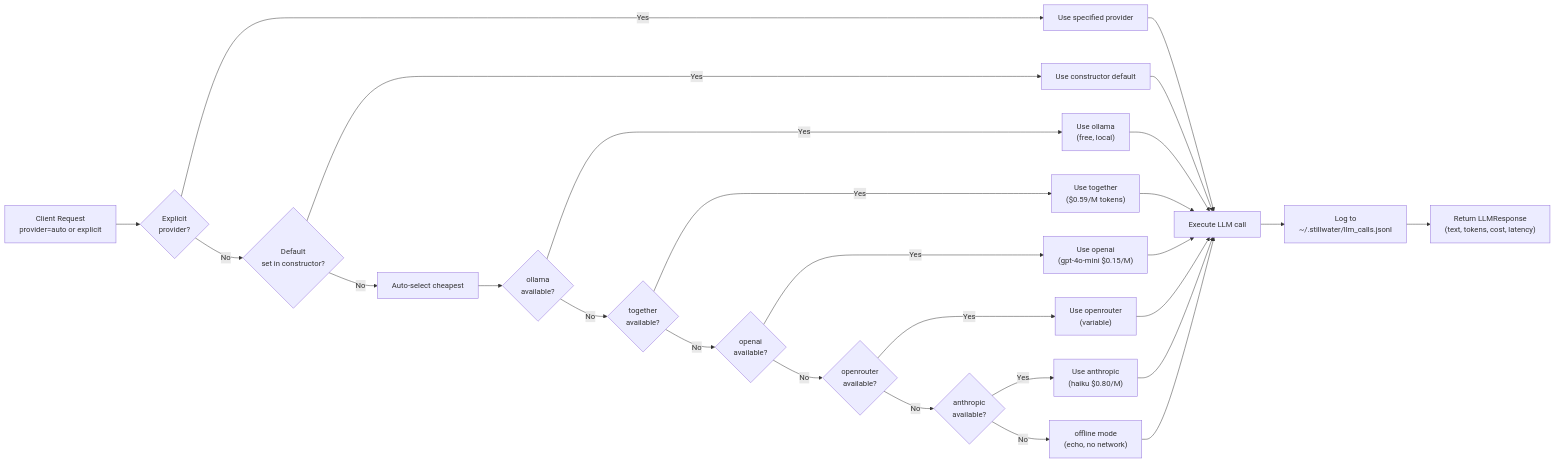
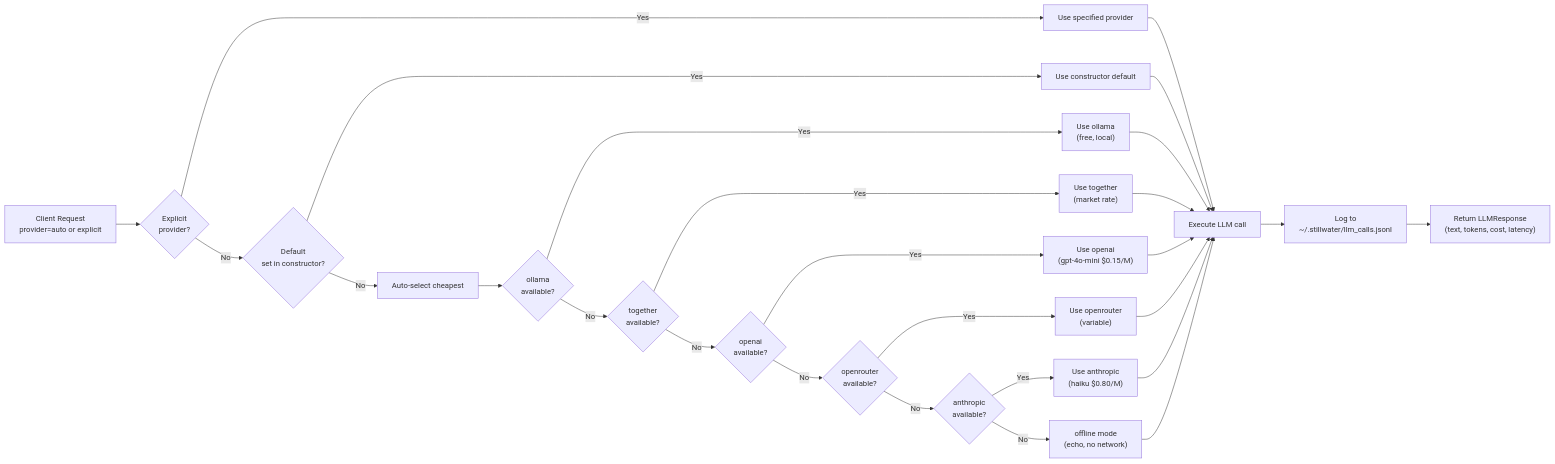
The second of 5 diagrams in diagrams/stillwater/15-llm-portal.md (phuctruong/stillwater), drawn with Mermaid before and after one commit. The commit also changed other lines of this file and 88 other files, not shown here.

````diff
--- a/diagrams/stillwater/15-llm-portal.md
+++ b/diagrams/stillwater/15-llm-portal.md
@@ -82,27 +82,27 @@
 ```mermaid
 flowchart LR
     REQ["Client Request\nprovider=auto or explicit"]
 
     REQ --> CHECK_EXPLICIT{"Explicit\nprovider?"}
     CHECK_EXPLICIT -->|"Yes"| USE_EXPLICIT["Use specified provider"]
     CHECK_EXPLICIT -->|"No"| CHECK_DEFAULT{"Default\nset in constructor?"}
 
     CHECK_DEFAULT -->|"Yes"| USE_DEFAULT["Use constructor default"]
     CHECK_DEFAULT -->|"No"| AUTO["Auto-select cheapest"]
 
     AUTO --> P1{"ollama\navailable?"}
     P1 -->|"Yes"| USE_OLLAMA["Use ollama\n(free, local)"]
     P1 -->|"No"| P2{"together\navailable?"}
-    P2 -->|"Yes"| USE_TOGETHER["Use together\n($0.59/M tokens)"]
+    P2 -->|"Yes"| USE_TOGETHER["Use together\n(market rate)"]
     P2 -->|"No"| P3{"openai\navailable?"}
     P3 -->|"Yes"| USE_OPENAI["Use openai\n(gpt-4o-mini $0.15/M)"]
     P3 -->|"No"| P4{"openrouter\navailable?"}
     P4 -->|"Yes"| USE_OPENROUTER["Use openrouter\n(variable)"]
     P4 -->|"No"| P5{"anthropic\navailable?"}
     P5 -->|"Yes"| USE_ANTHROPIC["Use anthropic\n(haiku $0.80/M)"]
     P5 -->|"No"| OFFLINE_FB["offline mode\n(echo, no network)"]
 
     USE_EXPLICIT & USE_DEFAULT & USE_OLLAMA & USE_TOGETHER & USE_OPENAI & USE_OPENROUTER & USE_ANTHROPIC & OFFLINE_FB --> CALL["Execute LLM call"]
     CALL --> LOG2["Log to\n~/.stillwater/llm_calls.jsonl"]
     LOG2 --> RESP["Return LLMResponse\n(text, tokens, cost, latency)"]
 ```
````
